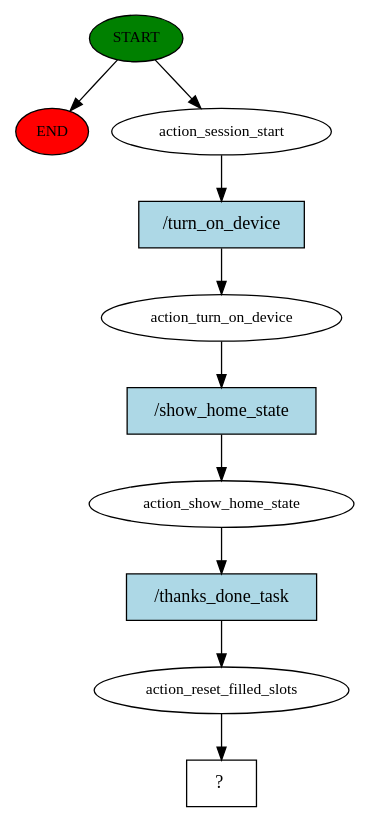
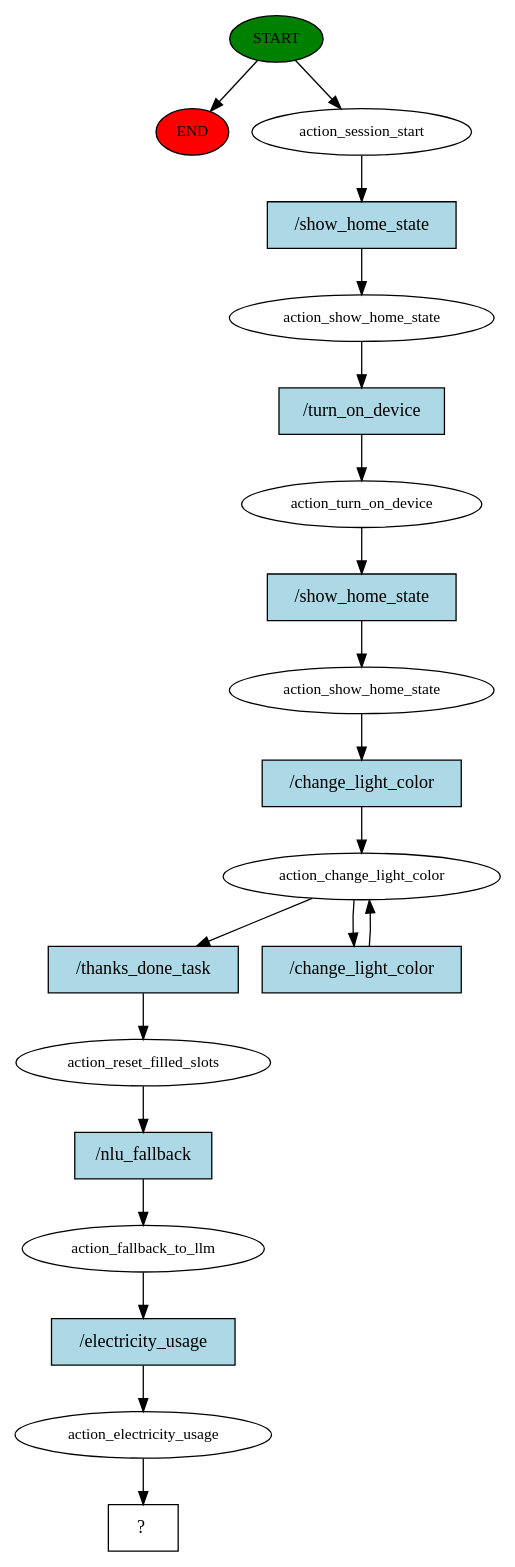
Before and after one commit to hossamhasanin/MrMoonSmartHome: the diagram in story_graph.dot, drawn with Graphviz. The commit also changed 60 other files, not shown here.

```diff
--- a/story_graph.dot
+++ b/story_graph.dot
@@ -1,21 +1,40 @@
 digraph  {
 0 [class="start active", fillcolor=green, fontsize=12, label=START, style=filled];
 "-1" [class=end, fillcolor=red, fontsize=12, label=END, style=filled];
 1 [class=active, fontsize=12, label=action_session_start];
-2 [class=active, fontsize=12, label=action_turn_on_device];
-3 [class=active, fontsize=12, label=action_show_home_state];
-4 [class=active, fontsize=12, label=action_reset_filled_slots];
-5 [class="intent dashed active", label="  ?  ", shape=rect];
-6 [class="intent active", fillcolor=lightblue, label="/turn_on_device", shape=rect, style=filled];
-7 [class="intent active", fillcolor=lightblue, label="/show_home_state", shape=rect, style=filled];
-8 [class="intent active", fillcolor=lightblue, label="/thanks_done_task", shape=rect, style=filled];
+2 [class=active, fontsize=12, label=action_show_home_state];
+3 [class=active, fontsize=12, label=action_turn_on_device];
+4 [class=active, fontsize=12, label=action_show_home_state];
+5 [class=active, fontsize=12, label=action_change_light_color];
+7 [class=active, fontsize=12, label=action_reset_filled_slots];
+8 [class=active, fontsize=12, label=action_fallback_to_llm];
+9 [class=active, fontsize=12, label=action_electricity_usage];
+10 [class="intent dashed active", label="  ?  ", shape=rect];
+11 [class="intent active", fillcolor=lightblue, label="/show_home_state", shape=rect, style=filled];
+12 [class="intent active", fillcolor=lightblue, label="/turn_on_device", shape=rect, style=filled];
+13 [class="intent active", fillcolor=lightblue, label="/show_home_state", shape=rect, style=filled];
+14 [class="intent active", fillcolor=lightblue, label="/change_light_color", shape=rect, style=filled];
+15 [class="intent active", fillcolor=lightblue, label="/thanks_done_task", shape=rect, style=filled];
+16 [class="intent active", fillcolor=lightblue, label="/change_light_color", shape=rect, style=filled];
+17 [class="intent active", fillcolor=lightblue, label="/nlu_fallback", shape=rect, style=filled];
+18 [class="intent active", fillcolor=lightblue, label="/electricity_usage", shape=rect, style=filled];
 0 -> "-1"  [class="", key=NONE, label=""];
 0 -> 1  [class=active, key=NONE, label=""];
-1 -> 6  [class=active, key=0];
-2 -> 7  [class=active, key=0];
-3 -> 8  [class=active, key=0];
-4 -> 5  [class=active, key=NONE, label=""];
-6 -> 2  [class=active, key=0];
-7 -> 3  [class=active, key=0];
-8 -> 4  [class=active, key=0];
+1 -> 11  [class=active, key=0];
+2 -> 12  [class=active, key=0];
+3 -> 13  [class=active, key=0];
+4 -> 14  [class=active, key=0];
+5 -> 15  [class=active, key=0];
+5 -> 16  [class=active, key=0];
+7 -> 17  [class=active, key=0];
+8 -> 18  [class=active, key=0];
+9 -> 10  [class=active, key=NONE, label=""];
+11 -> 2  [class=active, key=0];
+12 -> 3  [class=active, key=0];
+13 -> 4  [class=active, key=0];
+14 -> 5  [class=active, key=0];
+15 -> 7  [class=active, key=0];
+16 -> 5  [class=active, key=0];
+17 -> 8  [class=active, key=0];
+18 -> 9  [class=active, key=0];
 }
```
